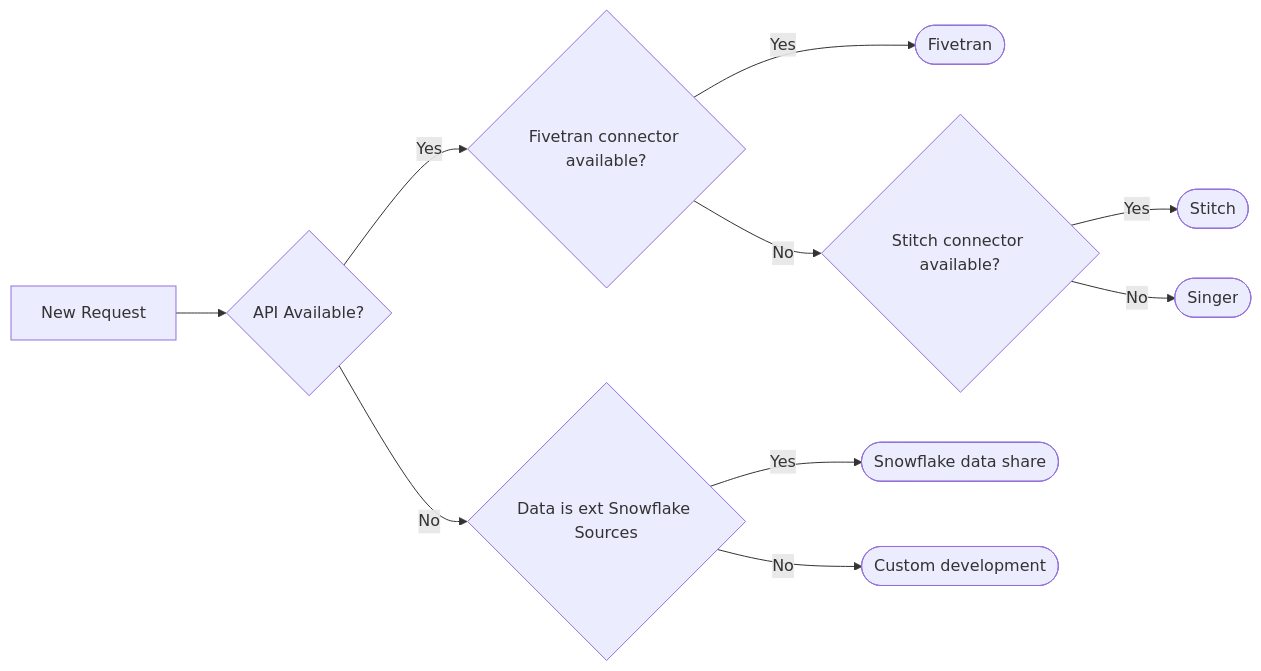
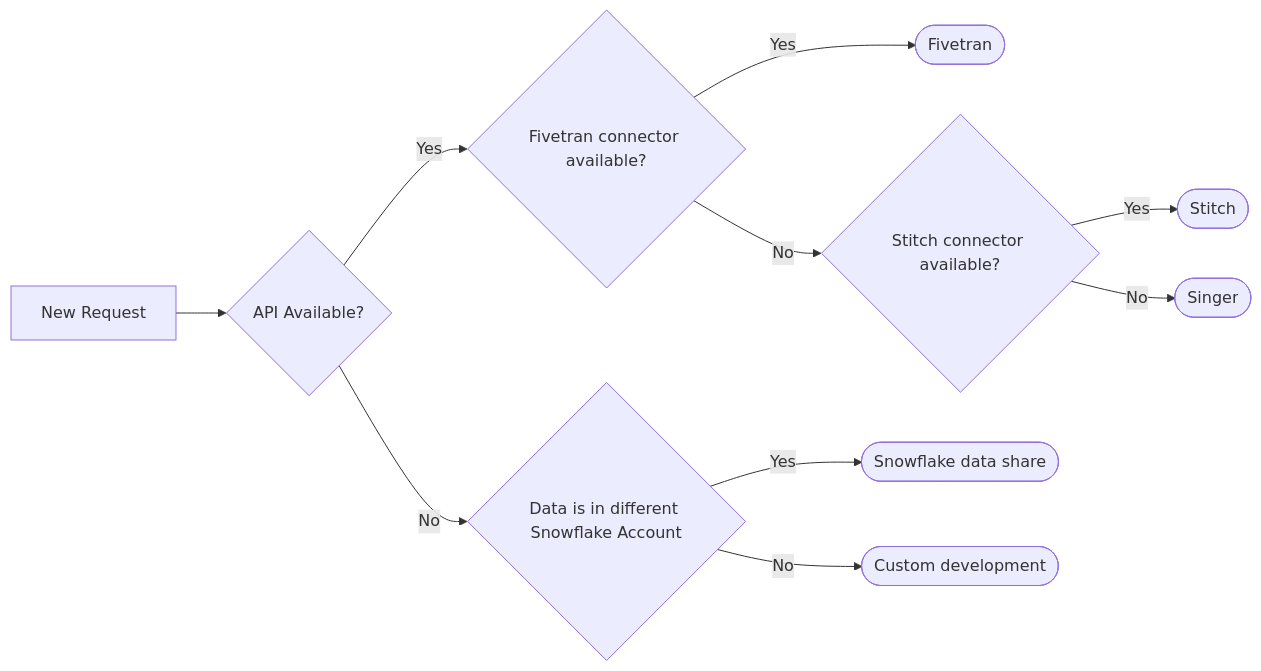
The diagram in business-technology/data-team/how-we-work/new-data-source/index.html.md (secretstartups/handbook), drawn with Mermaid before and after one commit. The commit also changed other lines of this file, not shown here.

````diff
--- a/business-technology/data-team/how-we-work/new-data-source/index.html.md
+++ b/business-technology/data-team/how-we-work/new-data-source/index.html.md
@@ -75,27 +75,27 @@
 ```mermaid
 graph LR
    
 %%descisions
     api_available{API Available?}
     fivetran_connector_available{Fivetran connector available?}
     stitch_connector_available{Stitch connector available?}
-    data_is_ext_snowflake_sources{Data is ext Snowflake Sources}
+    data_is_ext_snowflake_sources{Data is in different Snowflake Account}
 
 %%end solutions
     Custom([Custom development])
     Fivetran([Fivetran])
     Singer([Singer])
     Stitch([Stitch])
     Snowflake_datashare([Snowflake data share])
 
 %%flow
     ds_request[New Request]-->api_available 
     api_available-->|Yes|fivetran_connector_available
     fivetran_connector_available-->|Yes|Fivetran
     fivetran_connector_available-->|No|stitch_connector_available
     stitch_connector_available-->|Yes|Stitch
     stitch_connector_available-->|No|Singer
     api_available-->|No|data_is_ext_snowflake_sources
     data_is_ext_snowflake_sources-->|Yes|Snowflake_datashare
     data_is_ext_snowflake_sources-->|No|Custom
 ```
````
